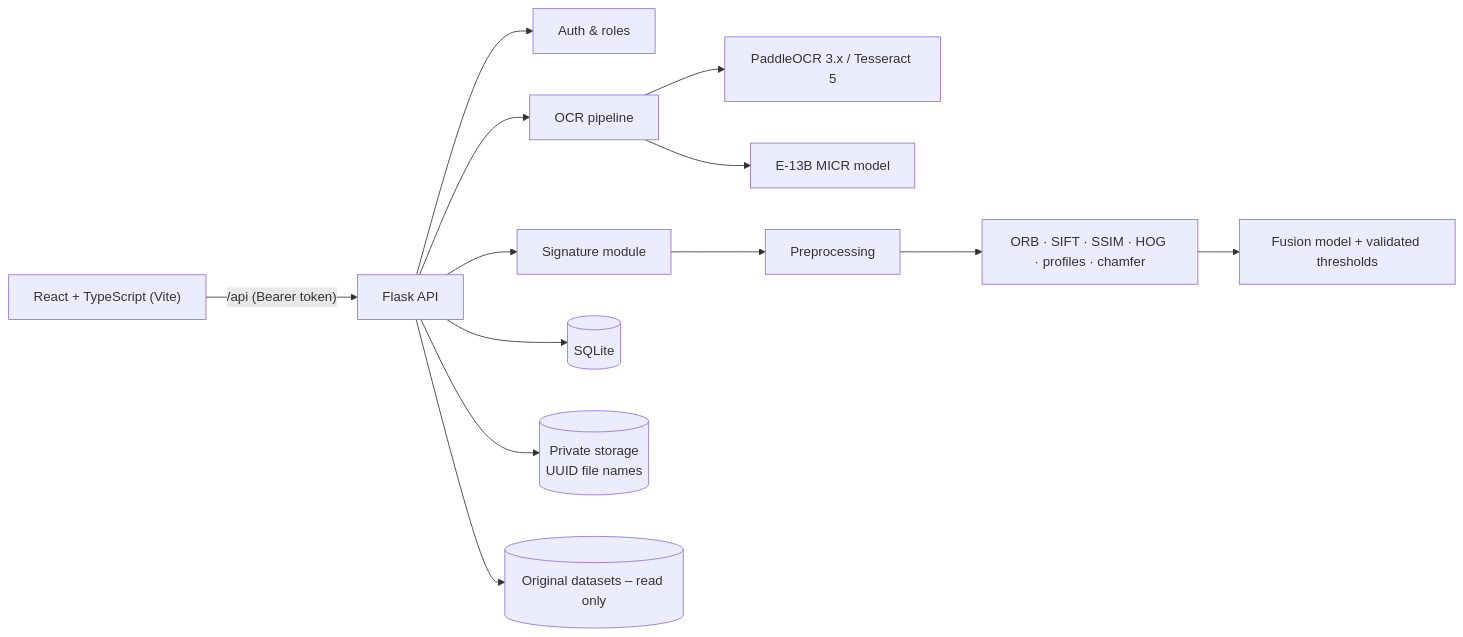
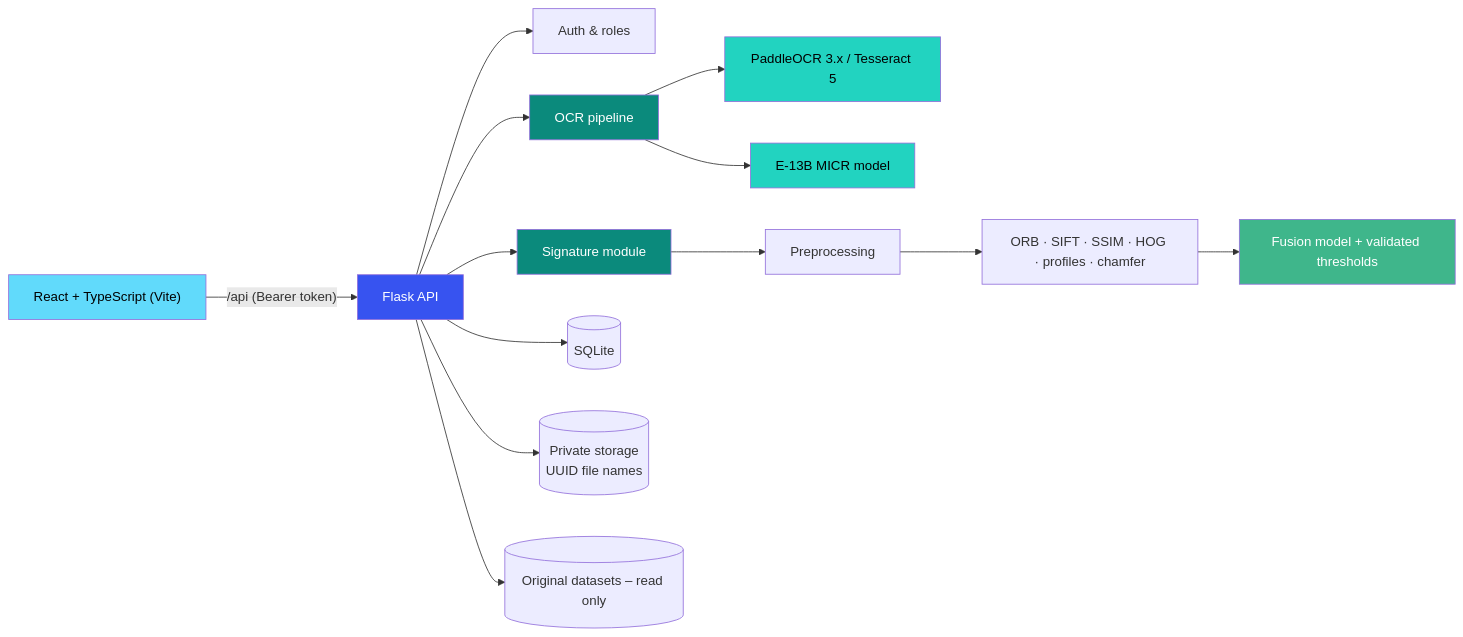
Before and after one commit to nvaltryek-001/Cheque: the second of 2 diagrams in README.md, drawn with Mermaid. The commit also changed other lines of this file and 6 other files, not shown here.

First line of the commit message:
docs: polished README with animated banner, product-tour video and diagrams

````diff
--- a/README.md
+++ b/README.md
@@ -82,13 +205,20 @@
 ```mermaid
 flowchart LR
   UI["React + TypeScript (Vite)"] -->|"/api (Bearer token)"| API["Flask API"]
   API --> AUTH["Auth & roles"]
   API --> OCR["OCR pipeline"]
   API --> SIG["Signature module"]
   API --> DB[("SQLite")]
   API --> FS[("Private storage<br/>UUID file names")]
   OCR --> ENG["PaddleOCR 3.x / Tesseract 5"]
   OCR --> MICR["E-13B MICR model"]
   SIG --> PRE["Preprocessing"] --> FEAT["ORB · SIFT · SSIM · HOG · profiles · chamfer"] --> FUS["Fusion model + validated thresholds"]
   API --> DS[("Original datasets – read only")]
+  style UI fill:#61DAFB,color:#000
+  style API fill:#3753f0,color:#fff
+  style OCR fill:#0b8a7c,color:#fff
+  style SIG fill:#0b8a7c,color:#fff
+  style FUS fill:#3fb68b,color:#fff
+  style MICR fill:#22d3c0,color:#000
+  style ENG fill:#22d3c0,color:#000
 ```
````
